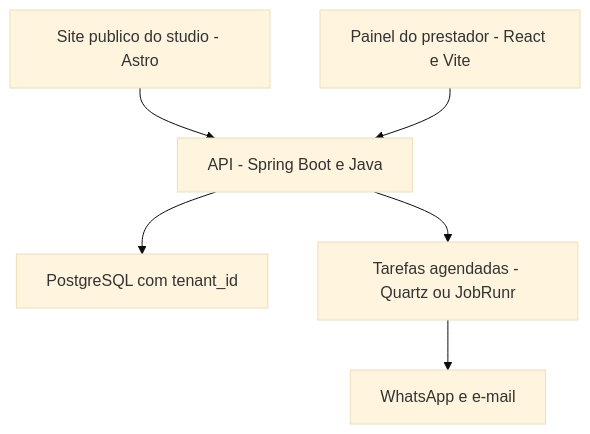
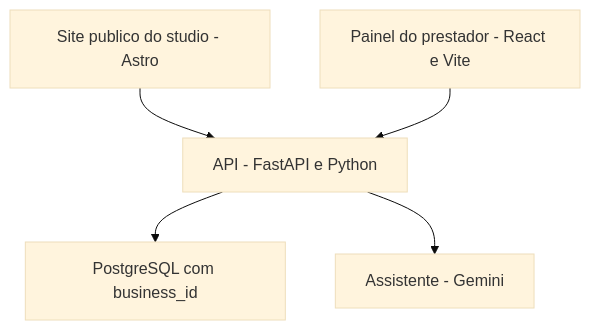
One commit to nadsbordoni/organizae changed the diagram in README.md. Above: the diagram before and after it, drawn with Mermaid (base theme). The commit also changed other lines of this file, not shown here.

Commit message:
docs: atualiza o README com a stack atual (FastAPI na API, Astro no site)

````diff
--- a/README.md
+++ b/README.md
@@ -9,8 +9,7 @@
 ```mermaid
 flowchart TD
-    A["Site publico do studio - Astro"] --> D["API - Spring Boot e Java"]
+    A["Site publico do studio - Astro"] --> D["API - FastAPI e Python"]
     B["Painel do prestador - React e Vite"] --> D
-    D --> E["PostgreSQL com tenant_id"]
-    D --> F["Tarefas agendadas - Quartz ou JobRunr"]
-    F --> G["WhatsApp e e-mail"]
+    D --> E["PostgreSQL com business_id"]
+    D --> F["Assistente - Gemini"]
 ```
````
